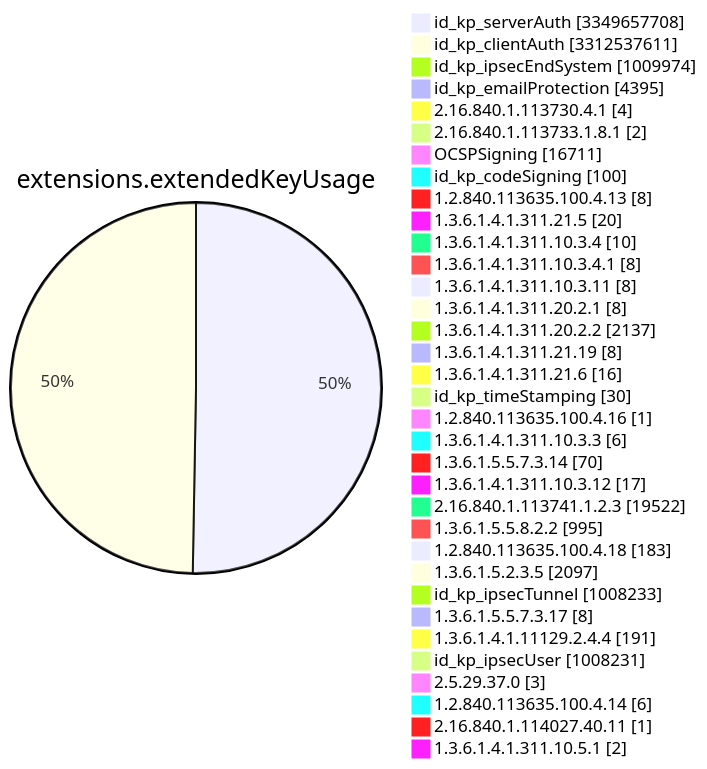
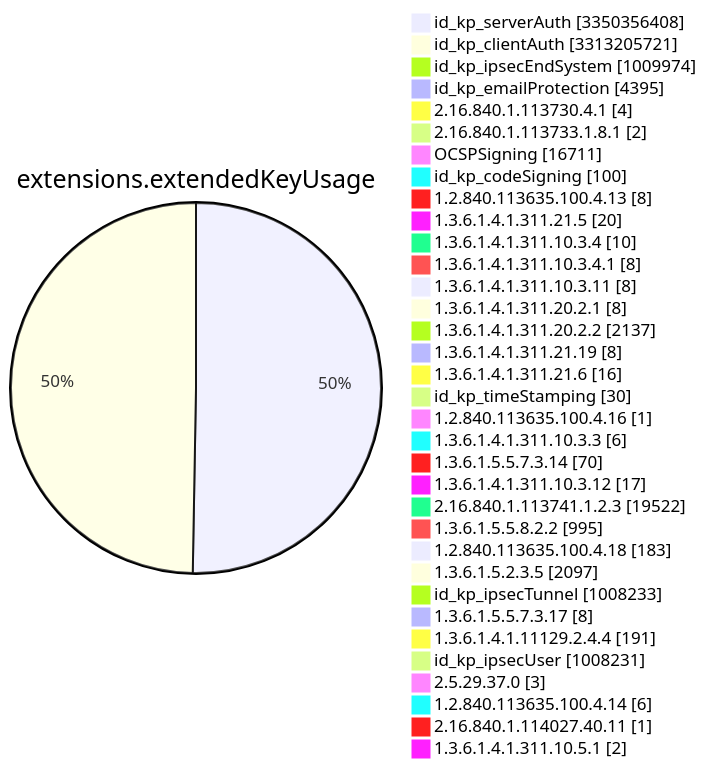
One commit to christiankrug/ctmonitor_visualization changed diagram 11 of 15 in TOTAL/README.md. Above: the diagram before and after it, drawn with Mermaid. The commit also changed other lines of this file, not shown here.

````diff
--- a/TOTAL/README.md
+++ b/TOTAL/README.md
@@ -4120,38 +4120,38 @@
 ```mermaid
 pie showData
 title extensions.extendedKeyUsage
-"id_kp_serverAuth" :3349657708
-"id_kp_clientAuth" :3312537611
+"id_kp_serverAuth" :3350356408
+"id_kp_clientAuth" :3313205721
 "id_kp_ipsecEndSystem" :1009974
 "id_kp_emailProtection" :4395
 "2.16.840.1.113730.4.1" :4
 "2.16.840.1.113733.1.8.1" :2
 "OCSPSigning" :16711
 "id_kp_codeSigning" :100
 "1.2.840.113635.100.4.13" :8
 "1.3.6.1.4.1.311.21.5" :20
 "1.3.6.1.4.1.311.10.3.4" :10
 "1.3.6.1.4.1.311.10.3.4.1" :8
 "1.3.6.1.4.1.311.10.3.11" :8
 "1.3.6.1.4.1.311.20.2.1" :8
 "1.3.6.1.4.1.311.20.2.2" :2137
 "1.3.6.1.4.1.311.21.19" :8
 "1.3.6.1.4.1.311.21.6" :16
 "id_kp_timeStamping" :30
 "1.2.840.113635.100.4.16" :1
 "1.3.6.1.4.1.311.10.3.3" :6
 "1.3.6.1.5.5.7.3.14" :70
 "1.3.6.1.4.1.311.10.3.12" :17
 "2.16.840.1.113741.1.2.3" :19522
 "1.3.6.1.5.5.8.2.2" :995
 "1.2.840.113635.100.4.18" :183
 "1.3.6.1.5.2.3.5" :2097
 "id_kp_ipsecTunnel" :1008233
 "1.3.6.1.5.5.7.3.17" :8
 "1.3.6.1.4.1.11129.2.4.4" :191
 "id_kp_ipsecUser" :1008231
 "2.5.29.37.0" :3
 "1.2.840.113635.100.4.14" :6
 "2.16.840.1.114027.40.11" :1
 "1.3.6.1.4.1.311.10.5.1" :2
 ```
````
